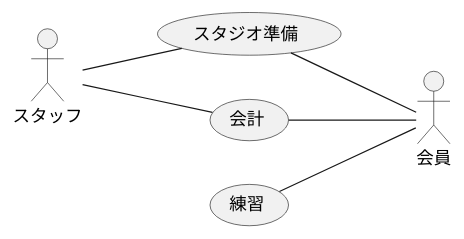
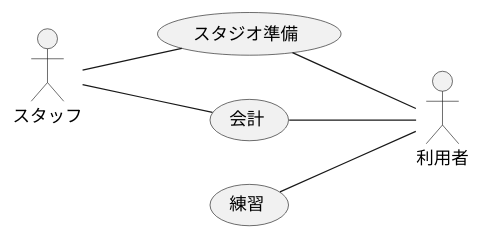
Before and after one commit to TakashiOnawa/ddd-practice-studio-reservation: the diagram in modeling/04_BusinessUsecase_スタジオ利用.pu, drawn with PlantUML. The commit also changed 13 other files, not shown here.

```diff
--- a/modeling/04_BusinessUsecase_スタジオ利用.pu
+++ b/modeling/04_BusinessUsecase_スタジオ利用.pu
@@ -1,14 +1,14 @@
 @startuml BusinessUsecase 
 
 left to right direction
 
 actor スタッフ
-actor 会員
+actor 利用者
 
 スタッフ -- (スタジオ準備)
-(スタジオ準備) -- 会員
-(練習) -- 会員
-(会計) -- 会員
+(スタジオ準備) -- 利用者
+(練習) -- 利用者
+(会計) -- 利用者
 スタッフ -- (会計)
 
 @enduml
```
